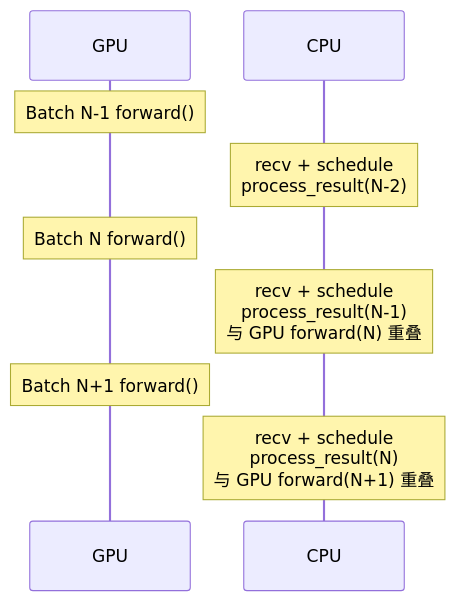
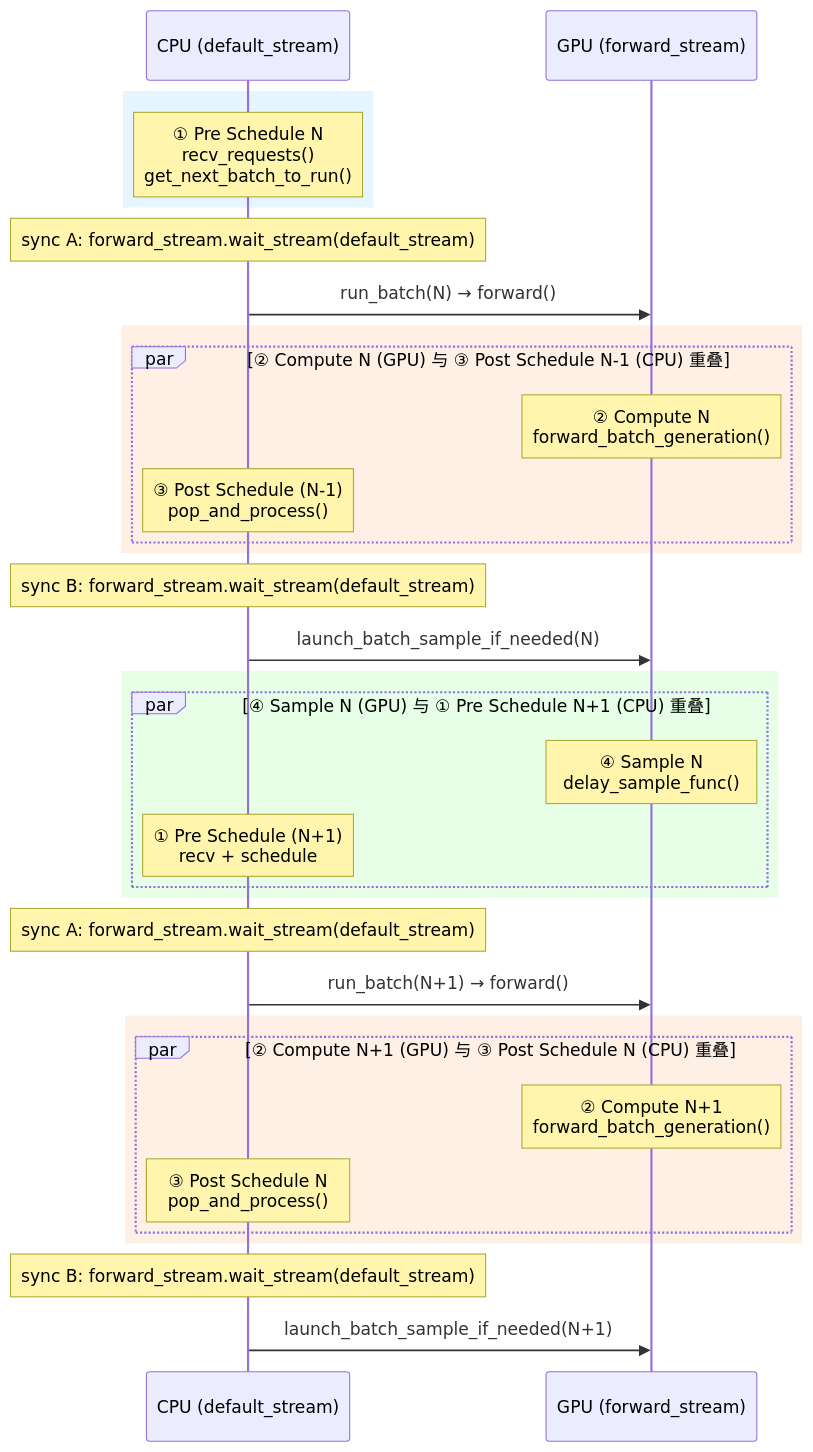
Before and after one commit to wesleyck/AIInfraNotes: the third of 15 diagrams in content/SGLang/03_scheduler.md, drawn with Mermaid. The commit also changed other lines of this file and 7 other files, not shown here.

````diff
--- a/content/SGLang/03_scheduler.md
+++ b/content/SGLang/03_scheduler.md
@@ -116,14 +321,41 @@
 ```mermaid
 sequenceDiagram
-    participant GPU
-    participant CPU
+    participant CPU as CPU (default_stream)
+    participant GPU as GPU (forward_stream)
 
-    Note over GPU: Batch N-1 forward()
-    Note over CPU: recv + schedule<br/>process_result(N-2)
+    rect rgb(230, 245, 255)
+    Note over CPU: ① Pre Schedule N<br/>recv_requests()<br/>get_next_batch_to_run()
+    end
+    Note over CPU: sync A: forward_stream.wait_stream(default_stream)
+    CPU->>GPU: run_batch(N) → forward()
 
-    Note over GPU: Batch N forward()
-    Note over CPU: recv + schedule<br/>process_result(N-1)<br/>与 GPU forward(N) 重叠
+    rect rgb(255, 240, 230)
+    par ② Compute N (GPU) 与 ③ Post Schedule N-1 (CPU) 重叠
+        Note over GPU: ② Compute N<br/>forward_batch_generation()
+        Note over CPU: ③ Post Schedule (N-1)<br/>pop_and_process()
+    end
+    end
 
-    Note over GPU: Batch N+1 forward()
-    Note over CPU: recv + schedule<br/>process_result(N)<br/>与 GPU forward(N+1) 重叠
+    Note over CPU: sync B: forward_stream.wait_stream(default_stream)
+    CPU->>GPU: launch_batch_sample_if_needed(N)
+
+    rect rgb(230, 255, 230)
+    par ④ Sample N (GPU) 与 ① Pre Schedule N+1 (CPU) 重叠
+        Note over GPU: ④ Sample N<br/>delay_sample_func()
+        Note over CPU: ① Pre Schedule (N+1)<br/>recv + schedule
+    end
+    end
+
+    Note over CPU: sync A: forward_stream.wait_stream(default_stream)
+    CPU->>GPU: run_batch(N+1) → forward()
+
+    rect rgb(255, 240, 230)
+    par ② Compute N+1 (GPU) 与 ③ Post Schedule N (CPU) 重叠
+        Note over GPU: ② Compute N+1<br/>forward_batch_generation()
+        Note over CPU: ③ Post Schedule N<br/>pop_and_process()
+    end
+    end
+
+    Note over CPU: sync B: forward_stream.wait_stream(default_stream)
+    CPU->>GPU: launch_batch_sample_if_needed(N+1)
 ```
````
